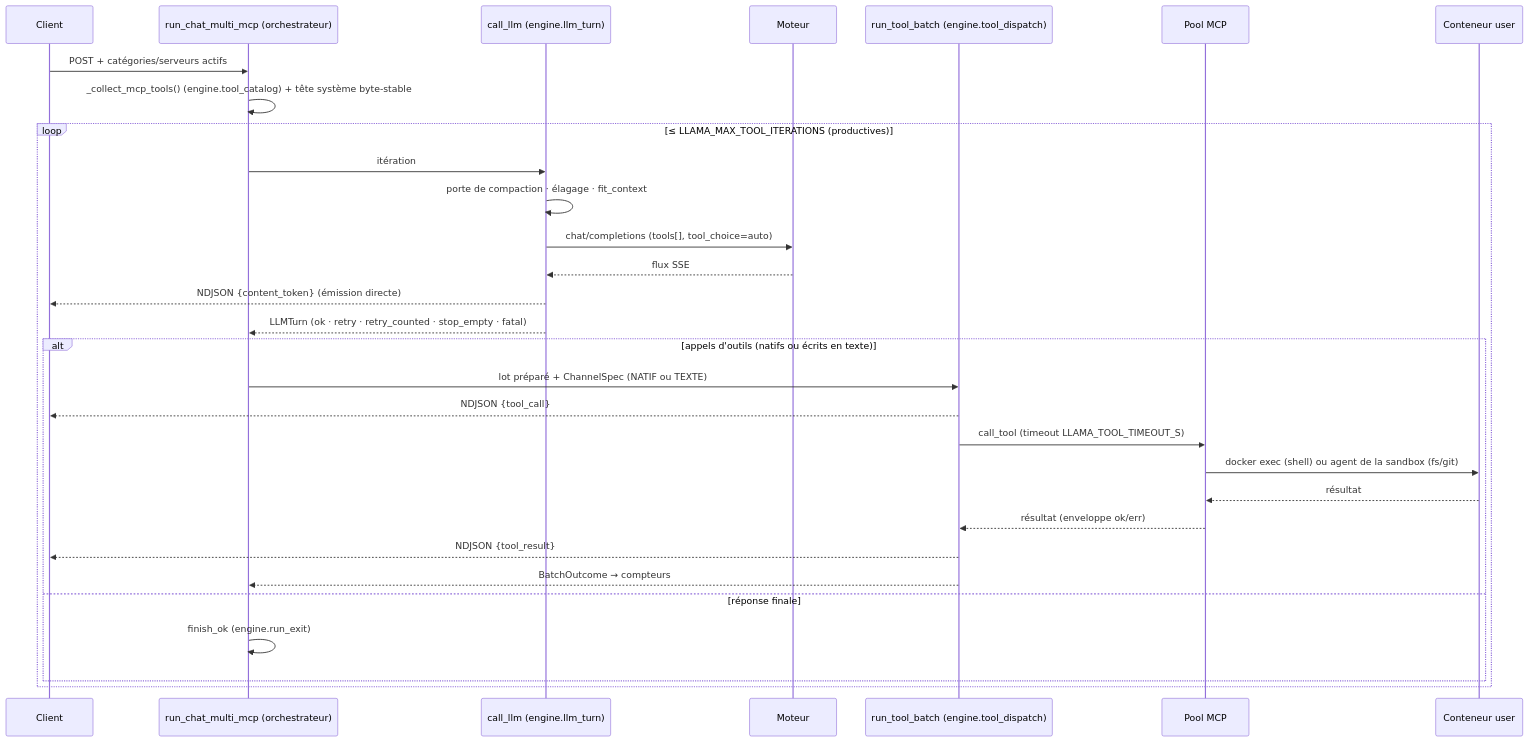
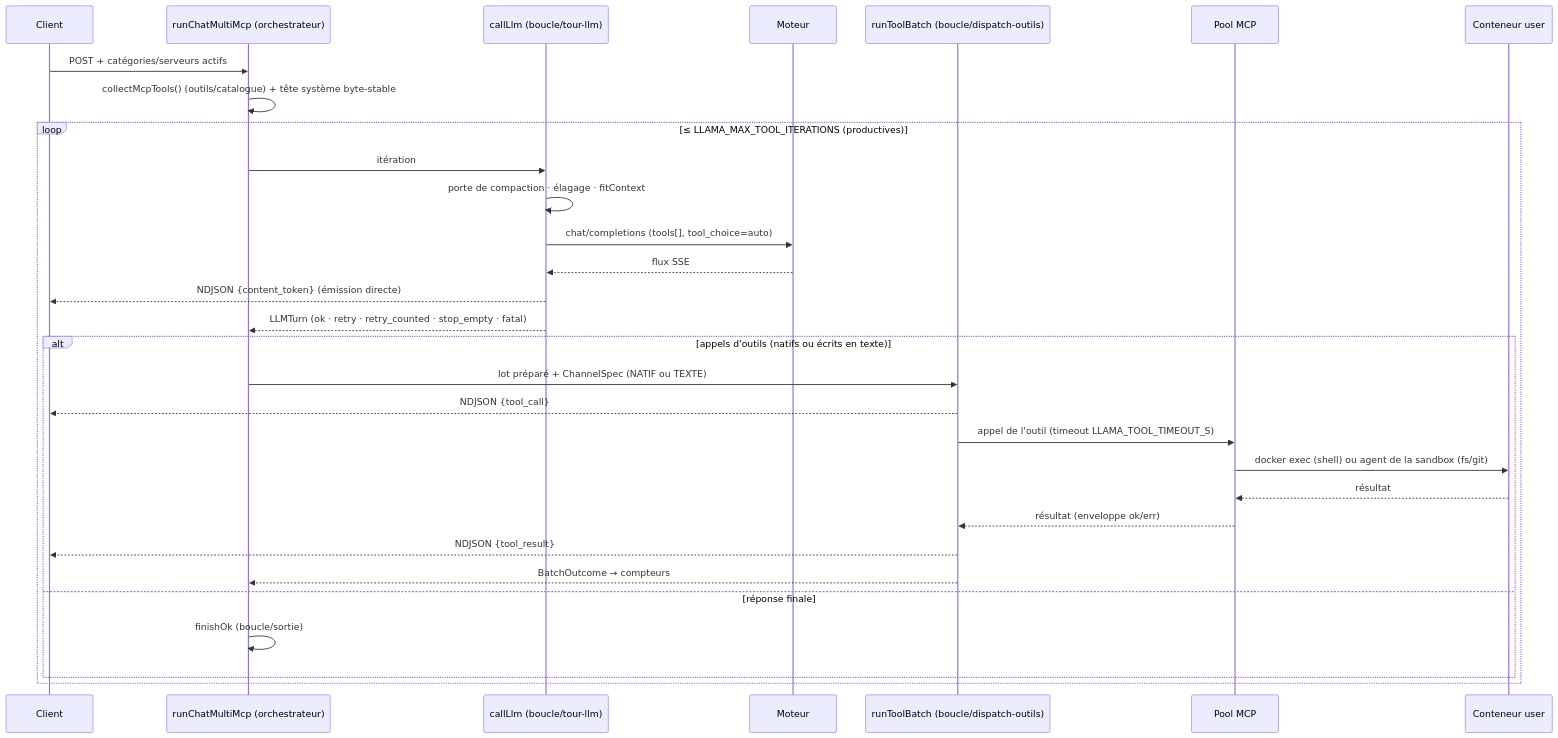
Diagram 11 of 16 in docs/architecture.md (toto-fou/Elpis), drawn with Mermaid before and after one commit. The commit also changed other lines of this file and 2475 other files, not shown here.

````diff
--- a/docs/architecture.md
+++ b/docs/architecture.md
@@ -1110,32 +1222,32 @@
 ```mermaid
 sequenceDiagram
     participant C as Client
-    participant A as run_chat_multi_mcp (orchestrateur)
-    participant T as call_llm (engine.llm_turn)
+    participant A as runChatMultiMcp (orchestrateur)
+    participant T as callLlm (boucle/tour-llm)
     participant L as Moteur
-    participant D as run_tool_batch (engine.tool_dispatch)
+    participant D as runToolBatch (boucle/dispatch-outils)
     participant M as Pool MCP
     participant S as Conteneur user
     C->>A: POST + catégories/serveurs actifs
-    A->>A: _collect_mcp_tools() (engine.tool_catalog) + tête système byte-stable
+    A->>A: collectMcpTools() (outils/catalogue) + tête système byte-stable
     loop ≤ LLAMA_MAX_TOOL_ITERATIONS (productives)
         A->>T: itération
-        T->>T: porte de compaction · élagage · fit_context
+        T->>T: porte de compaction · élagage · fitContext
         T->>L: chat/completions (tools[], tool_choice=auto)
         L-->>T: flux SSE
         T-->>C: NDJSON {content_token} (émission directe)
         T-->>A: LLMTurn (ok · retry · retry_counted · stop_empty · fatal)
         alt appels d'outils (natifs ou écrits en texte)
             A->>D: lot préparé + ChannelSpec (NATIF ou TEXTE)
             D-->>C: NDJSON {tool_call}
-            D->>M: call_tool (timeout LLAMA_TOOL_TIMEOUT_S)
+            D->>M: appel de l'outil (timeout LLAMA_TOOL_TIMEOUT_S)
             M->>S: docker exec (shell) ou agent de la sandbox (fs/git)
             S-->>M: résultat
             M-->>D: résultat (enveloppe ok/err)
             D-->>C: NDJSON {tool_result}
             D-->>A: BatchOutcome → compteurs
         else réponse finale
-            A->>A: finish_ok (engine.run_exit)
+            A->>A: finishOk (boucle/sortie)
         end
     end
 ```
````
